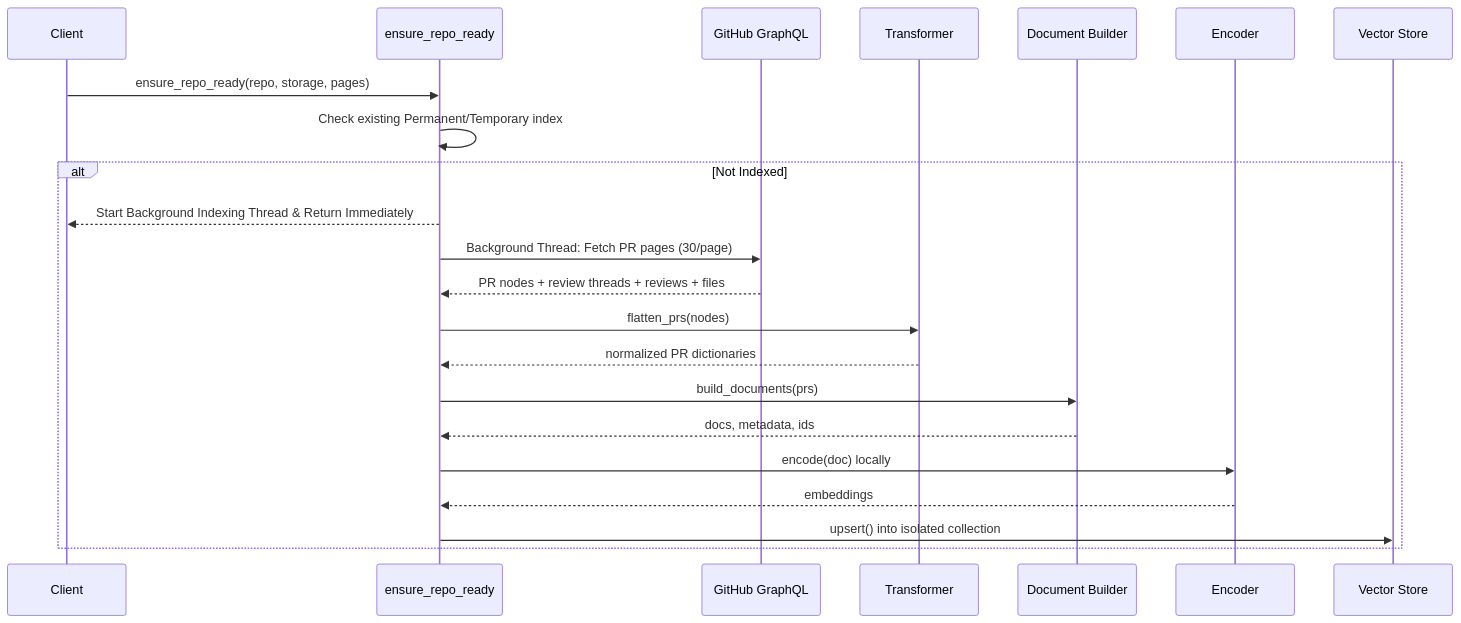
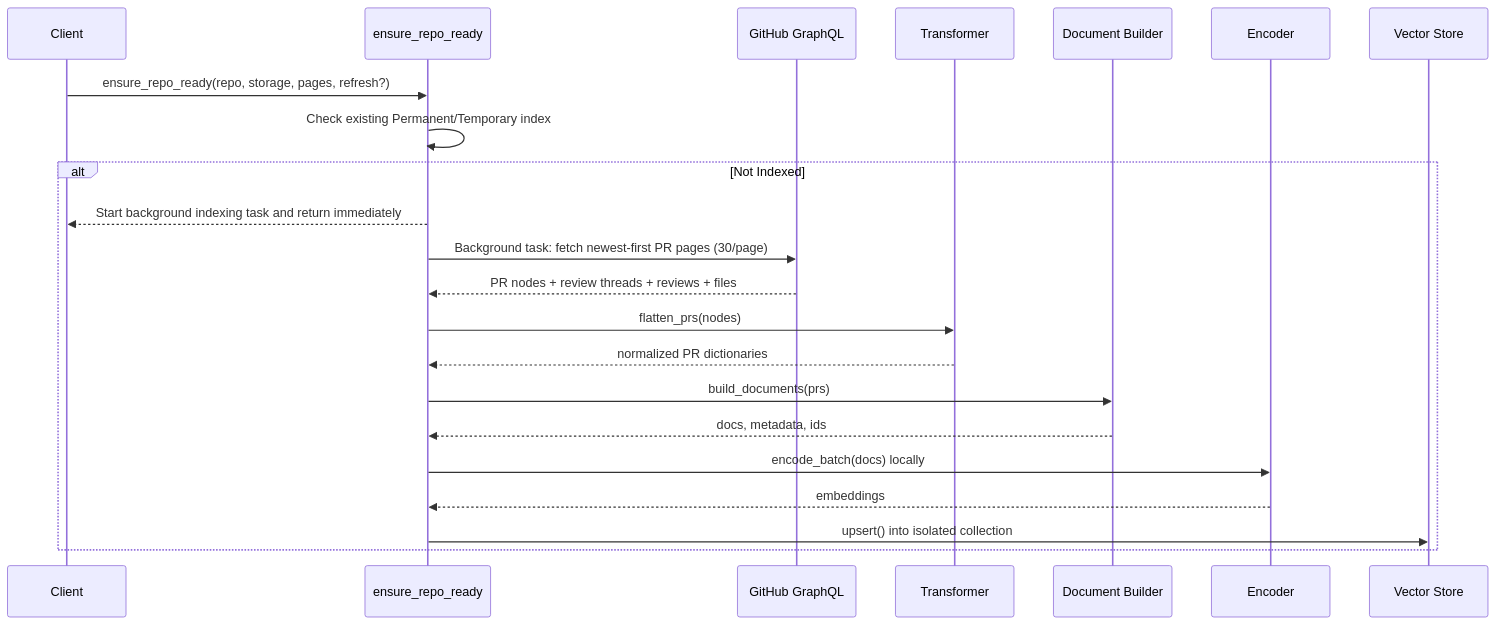
Before and after one commit to paarths-collab/github-pr-context-mcp: the second of 3 diagrams in docs/architecture.md, drawn with Mermaid. The commit also changed other lines of this file and 67 other files, not shown here.

````diff
--- a/docs/architecture.md
+++ b/docs/architecture.md
@@ -97,25 +100,25 @@
 ```mermaid
 sequenceDiagram
     participant C as Client
     participant S as ensure_repo_ready
     participant G as GitHub GraphQL
     participant X as Transformer
     participant B as Document Builder
     participant M as Encoder
     participant V as Vector Store
 
-    C->>S: ensure_repo_ready(repo, storage, pages)
+    C->>S: ensure_repo_ready(repo, storage, pages, refresh?)
     S->>S: Check existing Permanent/Temporary index
     alt Not Indexed
-        S-->>C: Start Background Indexing Thread & Return Immediately
-        S->>G: Background Thread: Fetch PR pages (30/page)
+    S-->>C: Start background indexing task and return immediately
+        S->>G: Background task: fetch newest-first PR pages (30/page)
         G-->>S: PR nodes + review threads + reviews + files
         S->>X: flatten_prs(nodes)
         X-->>S: normalized PR dictionaries
         S->>B: build_documents(prs)
         B-->>S: docs, metadata, ids
-        S->>M: encode(doc) locally
+        S->>M: encode_batch(docs) locally
         M-->>S: embeddings
         S->>V: upsert() into isolated collection
     end
 ```
````
